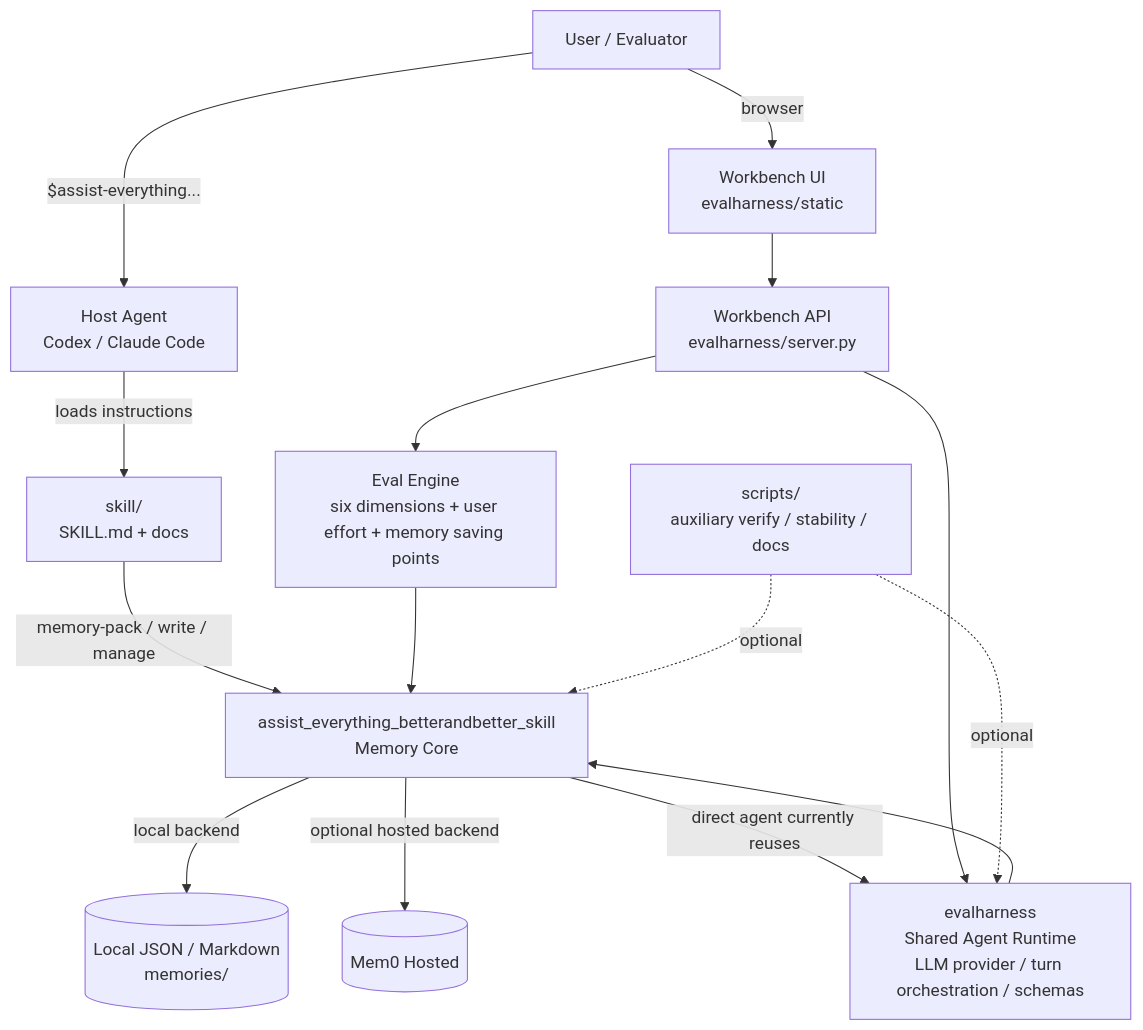
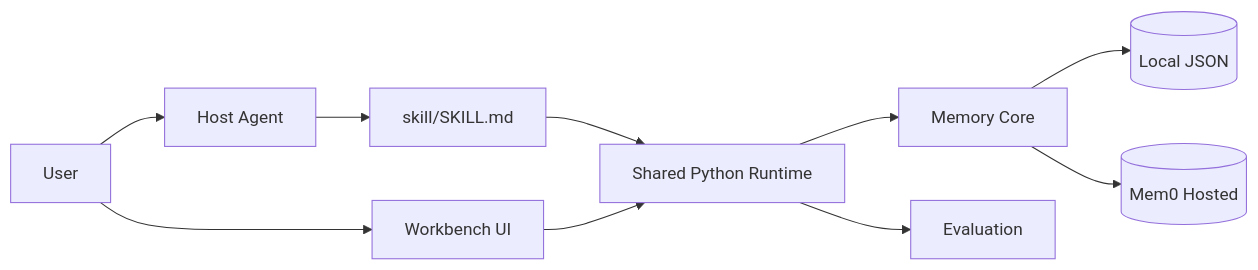
One commit to SUMMERVIVIAN4U/Assist-Everything-BetterAndBetter-skill changed the first of 3 diagrams in README.md. Above: the diagram before and after it, drawn with Mermaid. The commit also changed other lines of this file, not shown here.

Commit message:
Polish README architecture overview

````diff
--- a/README.md
+++ b/README.md
@@ -43,31 +45,13 @@
 ```mermaid
-flowchart TB
-  User[User / Evaluator]
-  Host[Host Agent<br/>Codex / Claude Code]
-  SkillPkg[skill/<br/>SKILL.md + docs]
-  Core[assist_everything_betterandbetter_skill<br/>Memory Core]
-  Shared[evalharness<br/>Shared Agent Runtime<br/>LLM provider / turn orchestration / schemas]
-  UI[Workbench UI<br/>evalharness/static]
-  Server[Workbench API<br/>evalharness/server.py]
-  Local[(Local JSON / Markdown<br/>memories/)]
-  Mem0[(Mem0 Hosted)]
-  Eval[Eval Engine<br/>six dimensions + user effort + memory saving points]
-  Scripts[scripts/<br/>auxiliary verify / stability / docs]
+flowchart LR
+  User[User] --> Host[Host Agent]
+  Host --> Skill[skill/SKILL.md]
+  Skill --> Runtime[Shared Python Runtime]
+  Runtime --> Memory[Memory Core]
+  Memory --> Local[(Local JSON)]
+  Memory --> Mem0[(Mem0 Hosted)]
 
-  User -->|$assist-everything...| Host
-  Host -->|loads instructions| SkillPkg
-  SkillPkg -->|memory-pack / write / manage| Core
-  Core -->|local backend| Local
-  Core -->|optional hosted backend| Mem0
-  Core -->|direct agent currently reuses| Shared
-
-  User -->|browser| UI
-  UI --> Server
-  Server --> Shared
-  Shared --> Core
-  Server --> Eval
-  Eval --> Core
-
-  Scripts -. optional .-> Shared
-  Scripts -. optional .-> Core
+  User --> Workbench[Workbench UI]
+  Workbench --> Runtime
+  Runtime --> Eval[Evaluation]
 ```
````
